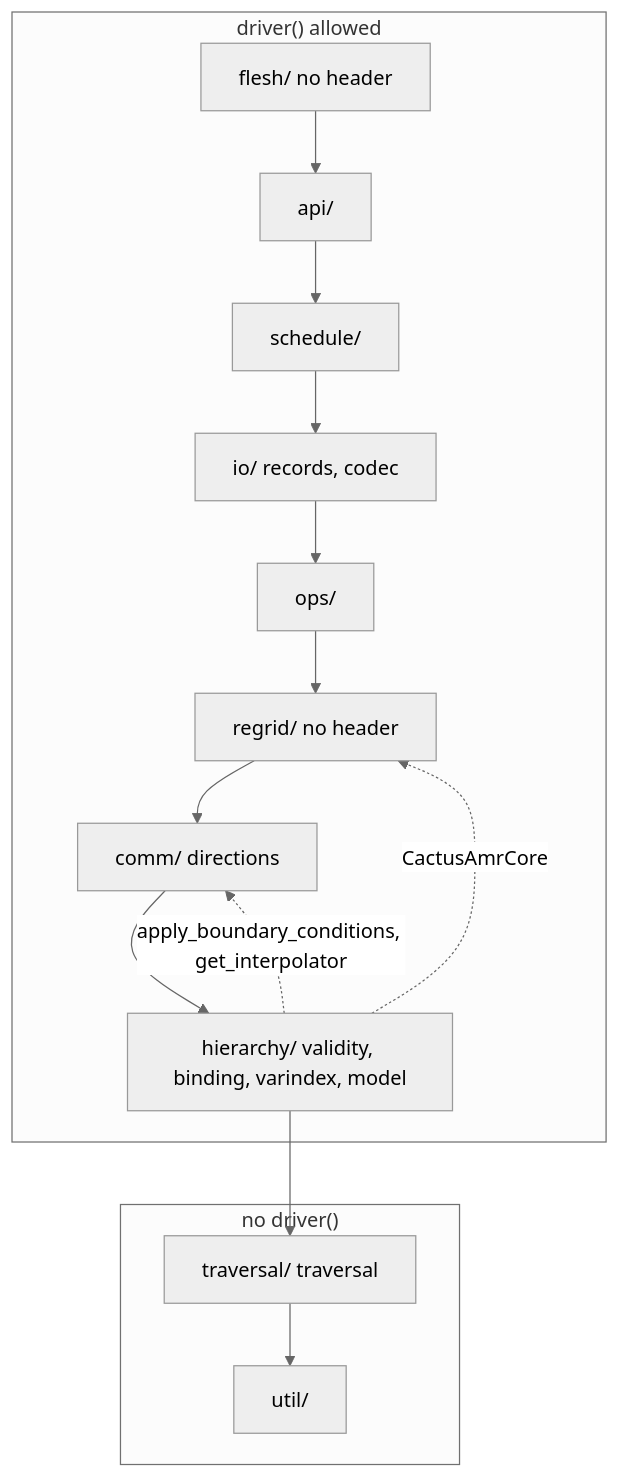
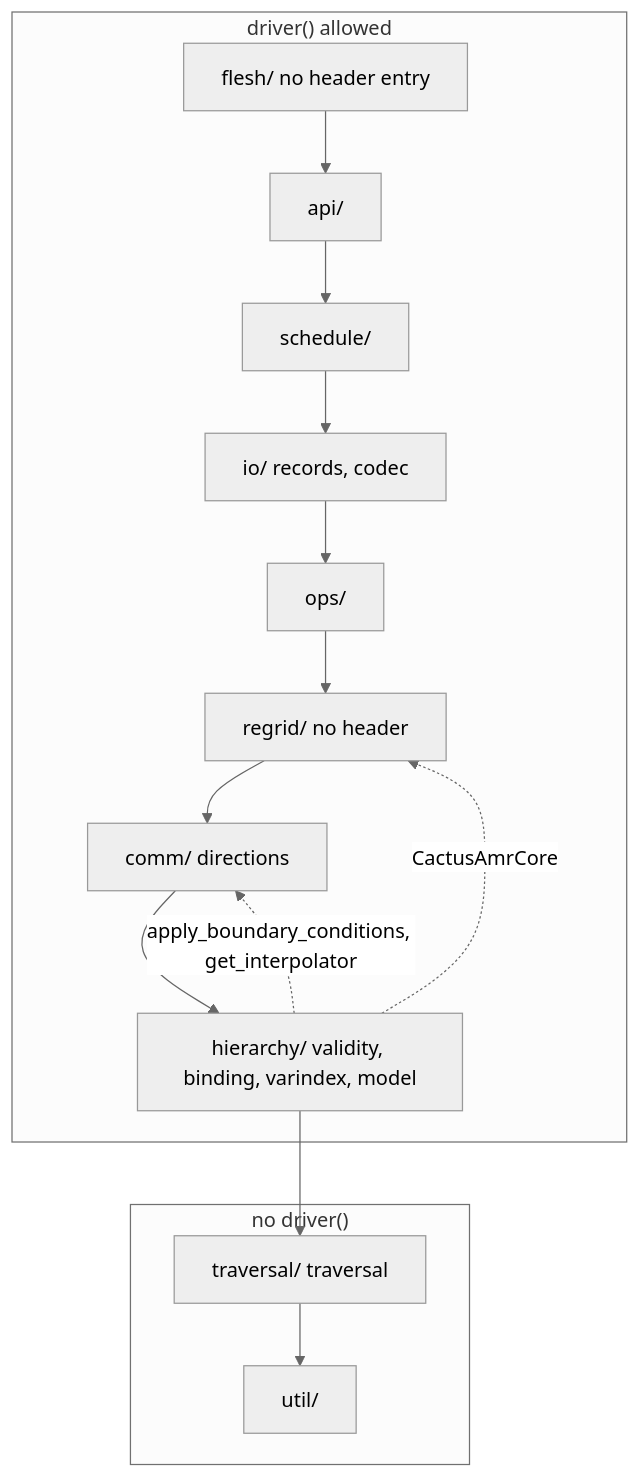
The first of 3 diagrams in agent_docs/carpetx-internals.md (lwJi/CarpetX), drawn with Mermaid (neutral theme) before and after one commit. The commit also changed other lines of this file and 2 other files, not shown here.

First paragraph of the commit message:
scripts/lint: a guard rule, an entry rule, and three tests over the tree
Three procedures of agent_docs/carpetx-internals.md held nothing but
prose. Each is now a check whose text says what to do.

````diff
--- a/agent_docs/carpetx-internals.md
+++ b/agent_docs/carpetx-internals.md
@@ -9,25 +9,25 @@
 ```mermaid
 %% python3 scripts/lint doc --write rewrites this block: the stack
 flowchart TB
   subgraph door["driver() allowed"]
-    flesh["flesh/ no header"]
+    flesh["flesh/ no header entry"]
     api["api/"]
     schedule["schedule/"]
     io["io/ records, codec"]
     ops["ops/"]
     regrid["regrid/ no header"]
     comm["comm/ directions"]
     hierarchy["hierarchy/ validity, binding, varindex, model"]
   end
   subgraph nodoor["no driver()"]
     traversal["traversal/ traversal"]
     util["util/"]
   end
   flesh --> api --> schedule --> io --> ops --> regrid --> comm --> hierarchy --> traversal --> util
   hierarchy -. "CactusAmrCore" .-> regrid
   hierarchy -. "apply_boundary_conditions, get_interpolator" .-> comm
 %% a solid edge is may include: a layer includes the layer below it and, through it, every layer further down, which the layer rule holds
 %% the two boxes are the door rule: driver() is called in the upper box, never in the lower
 %% a dashed edge is a declaration whose body is in the higher layer, the one way a call reaches up, at link time
 %% a node names its layer, then the rules whose home is in it, and no header where nothing can include it
 ```
````
